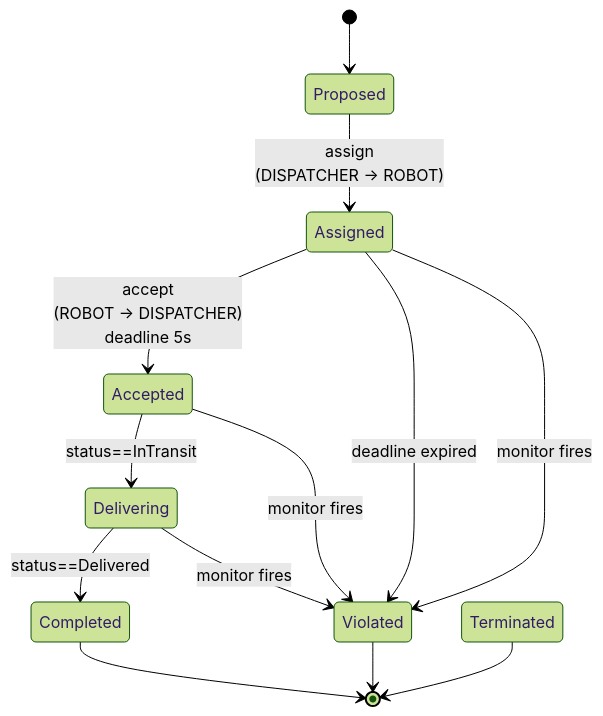
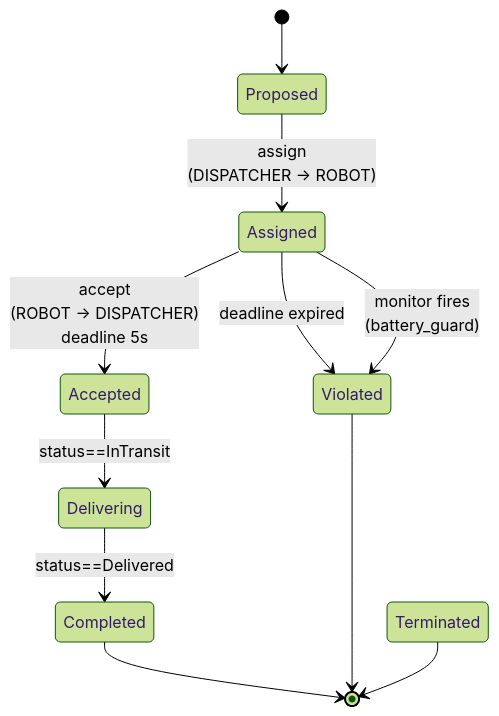
One commit to ertlnagoya/cadl-spec changed the first of 2 diagrams in docs/textbook/05-norms.md. Above: the diagram before and after it, drawn with Mermaid (forest theme). The commit also changed 10 other files, not shown here.

````diff
--- a/docs/textbook/05-norms.md
+++ b/docs/textbook/05-norms.md
@@ -29,15 +29,13 @@
 ```mermaid
 stateDiagram-v2
   [*] --> Proposed
   Proposed --> Assigned: assign<br/>(DISPATCHER → ROBOT)
   Assigned --> Accepted: accept<br/>(ROBOT → DISPATCHER)<br/>deadline 5s
   Assigned --> Violated: deadline expired
   Accepted --> Delivering: status==InTransit
   Delivering --> Completed: status==Delivered
-  Delivering --> Violated: monitor fires
-  Accepted  --> Violated: monitor fires
-  Assigned  --> Violated: monitor fires
+  Assigned  --> Violated: monitor fires<br/>(battery_guard)
   Completed --> [*]
   Violated  --> [*]
   Terminated --> [*]
 ```
````
